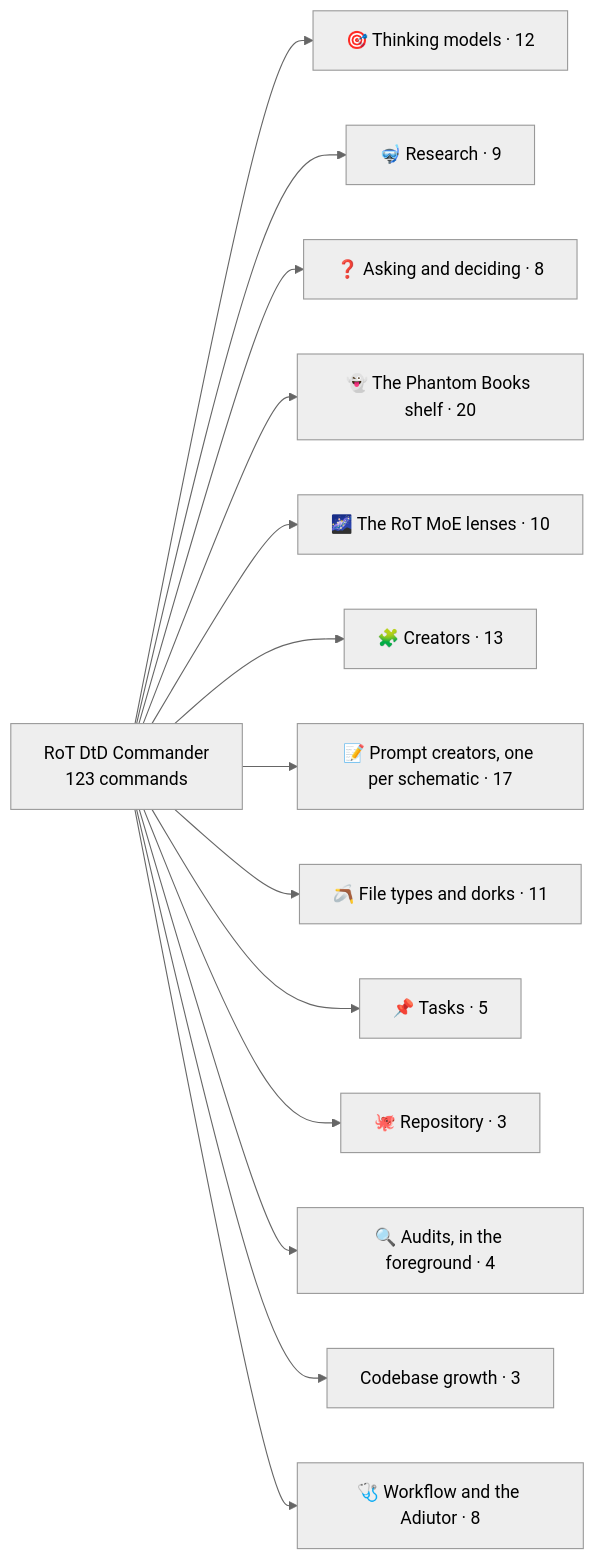
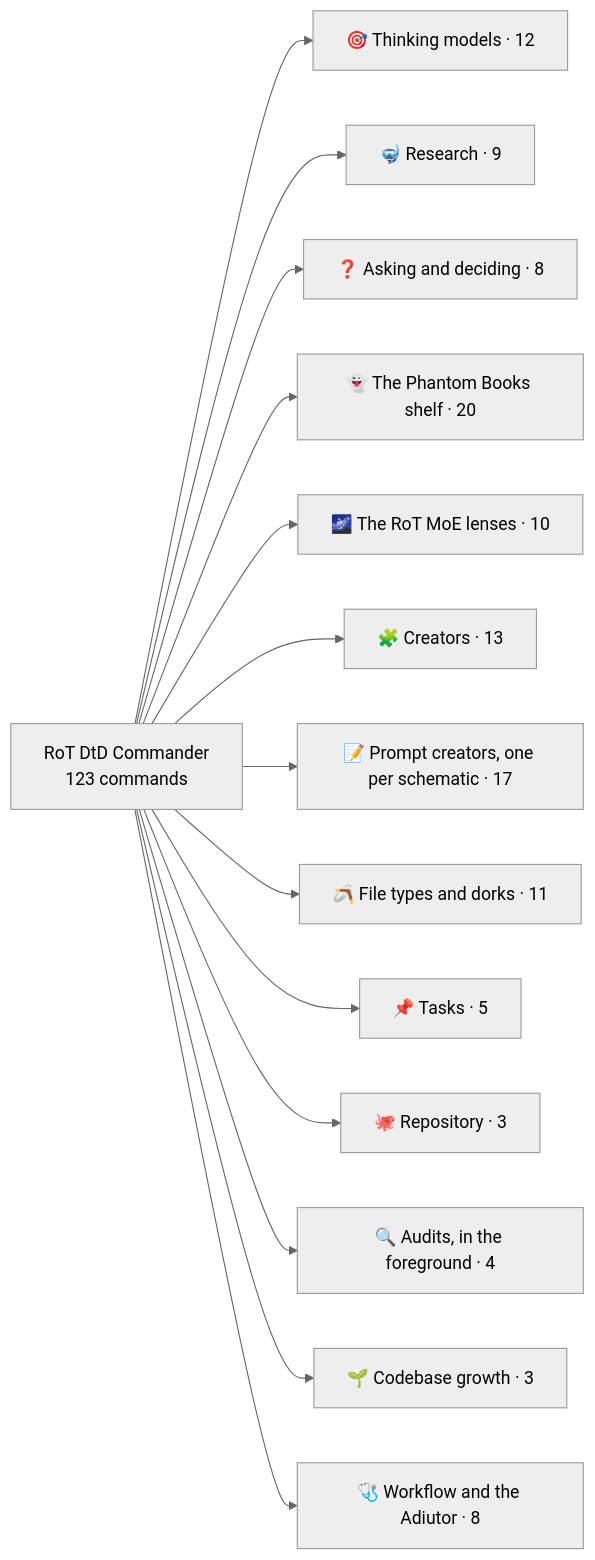
The diagram in README.md (Nova-Violet-Role/RoT-DtD-Commander), drawn with Mermaid (neutral theme) before and after one commit. The commit also changed other lines of this file and 19 other files, not shown here.

````diff
--- a/README.md
+++ b/README.md
@@ -215,17 +215,17 @@
 ```mermaid
 flowchart LR
   R["RoT DtD Commander<br/>123 commands"]
   R --> thinking["🎯 Thinking models · 12"]
   R --> research["🤿 Research · 9"]
   R --> asking["❓ Asking and deciding · 8"]
   R --> shelf["👻 The Phantom Books shelf · 20"]
   R --> lenses["🌌 The RoT MoE lenses · 10"]
   R --> creators["🧩 Creators · 13"]
   R --> prompts["📝 Prompt creators, one per schematic · 17"]
   R --> filetypes["🪃 File types and dorks · 11"]
   R --> tasks["📌 Tasks · 5"]
   R --> repository["🐙 Repository · 3"]
   R --> audits["🔍 Audits, in the foreground · 4"]
-  R --> undefined[" Codebase growth · 3"]
+  R --> growth["🌱 Codebase growth · 3"]
   R --> workflow["🩺 Workflow and the Adiutor · 8"]
 ```
````
